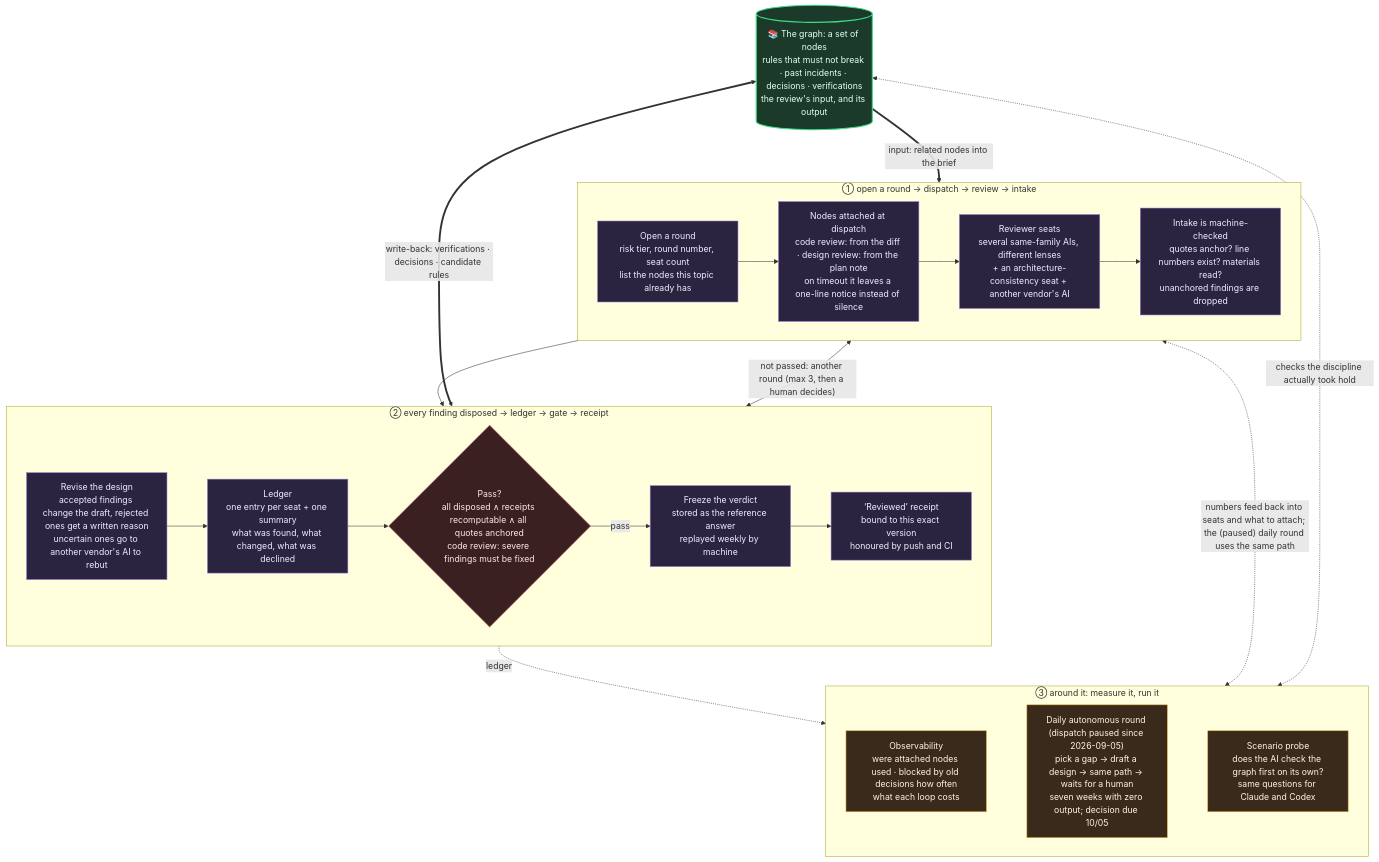
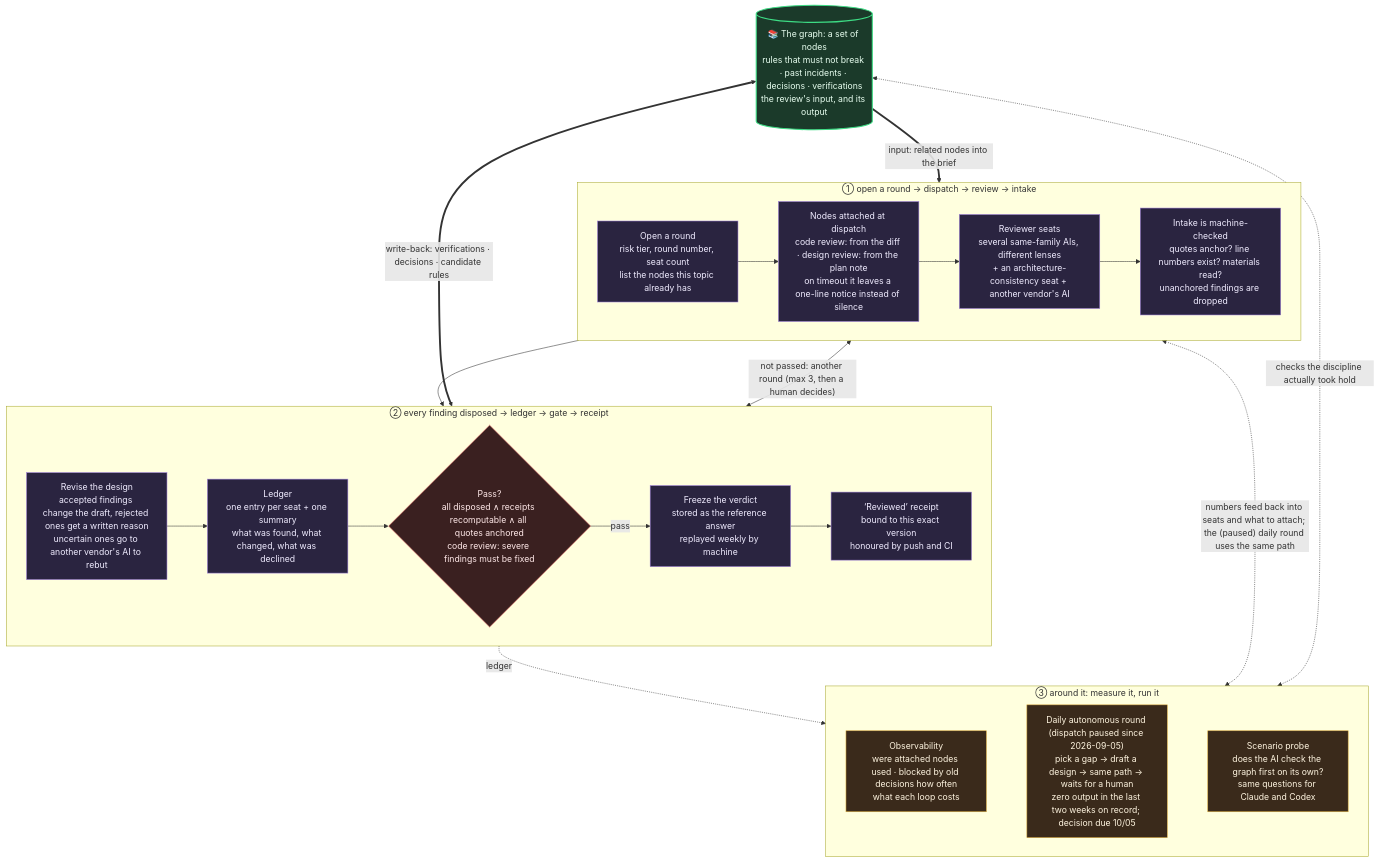
The diagram in README.en.md (EnzoHsieh-Android/Lumos), drawn with Mermaid before and after one commit. The commit also changed other lines of this file and 12 other files, not shown here.

First line of the commit message:
fix+docs(第三輪稽核): gov 呈現層真的折 delguard 帳(原條件永不成立)、治理帳移除兩筆席位重現寫進真帳的假資料、README/全景圖/計劃的時間範圍改成帳上證據(近兩週、repo 建立起)、ARCHITECTURE 指令圖補 --spec、新 Verification 記量測重算指令;稽核三條誤判查證後不採

````diff
--- a/README.en.md
+++ b/README.en.md
@@ -184,36 +184,36 @@
 ```mermaid
 flowchart TB
     NODES[("📚 The graph: a set of nodes<br/>rules that must not break · past incidents · decisions · verifications<br/>the review's input, and its output")]
 
     subgraph R1["① open a round → dispatch → review → intake"]
         direction LR
         NEXT["Open a round<br/>risk tier, round number, seat count<br/>list the nodes this topic already has"] --> LENS["Nodes attached at dispatch<br/>code review: from the diff · design review: from the plan note<br/>on timeout it leaves a one-line notice instead of silence"] --> SEATS["Reviewer seats<br/>several same-family AIs, different lenses<br/>+ an architecture-consistency seat + another vendor's AI"] --> INTAKE["Intake is machine-checked<br/>quotes anchor? line numbers exist? materials read?<br/>unanchored findings are dropped"]
     end
 
     subgraph R2["② every finding disposed → ledger → gate → receipt"]
         direction LR
         FOLD["Revise the design<br/>accepted findings change the draft, rejected ones get a written reason<br/>uncertain ones go to another vendor's AI to rebut"] --> LEDGER["Ledger<br/>one entry per seat + one summary<br/>what was found, what changed, what was declined"] --> GATE{"Pass?<br/>all disposed ∧ receipts recomputable ∧ all quotes anchored<br/>code review: severe findings must be fixed"} -->|pass| FREEZE["Freeze the verdict<br/>stored as the reference answer<br/>replayed weekly by machine"] --> PASS["‘Reviewed’ receipt<br/>bound to this exact version<br/>honoured by push and CI"]
     end
 
     subgraph R3["③ around it: measure it, run it"]
         direction LR
-        OBS["Observability<br/>were attached nodes used · blocked by old decisions how often<br/>what each loop costs"] ~~~ AUTO["Daily autonomous round (dispatch paused since 2026-09-05)<br/>pick a gap → draft a design → same path → waits for a human<br/>seven weeks with zero output; decision due 10/05"] ~~~ PROBE["Scenario probe<br/>does the AI check the graph first on its own?<br/>same questions for Claude and Codex"]
+        OBS["Observability<br/>were attached nodes used · blocked by old decisions how often<br/>what each loop costs"] ~~~ AUTO["Daily autonomous round (dispatch paused since 2026-09-05)<br/>pick a gap → draft a design → same path → waits for a human<br/>zero output in the last two weeks on record; decision due 10/05"] ~~~ PROBE["Scenario probe<br/>does the AI check the graph first on its own?<br/>same questions for Claude and Codex"]
     end
 
     NODES ==>|"input: related nodes into the brief"| R1
     R1 --> R2
     R2 -.->|"ledger"| R3
     NODES <==>|"write-back: verifications · decisions · candidate rules"| R2
     R1 <-->|"not passed: another round (max 3, then a human decides)"| R2
     R1 <-.->|"numbers feed back into seats and what to attach; the (paused) daily round uses the same path"| R3
     NODES <-.->|"checks the discipline actually took hold"| R3
 
     classDef gnode fill:#1b3a2a,stroke:#3ddc84,stroke-width:2px,color:#e8fff0
     classDef step fill:#2a2440,stroke:#9a7bd6,color:#f0ecff
     classDef gate fill:#3a2020,stroke:#dc5b5b,color:#ffe8e8
     classDef obs fill:#3a2a1b,stroke:#dcab3d,color:#fff5e0
     class NODES gnode
     class NEXT,LENS,SEATS,INTAKE,FOLD,LEDGER,FREEZE,PASS step
     class GATE gate
     class OBS,AUTO,PROBE obs
 ```
````
